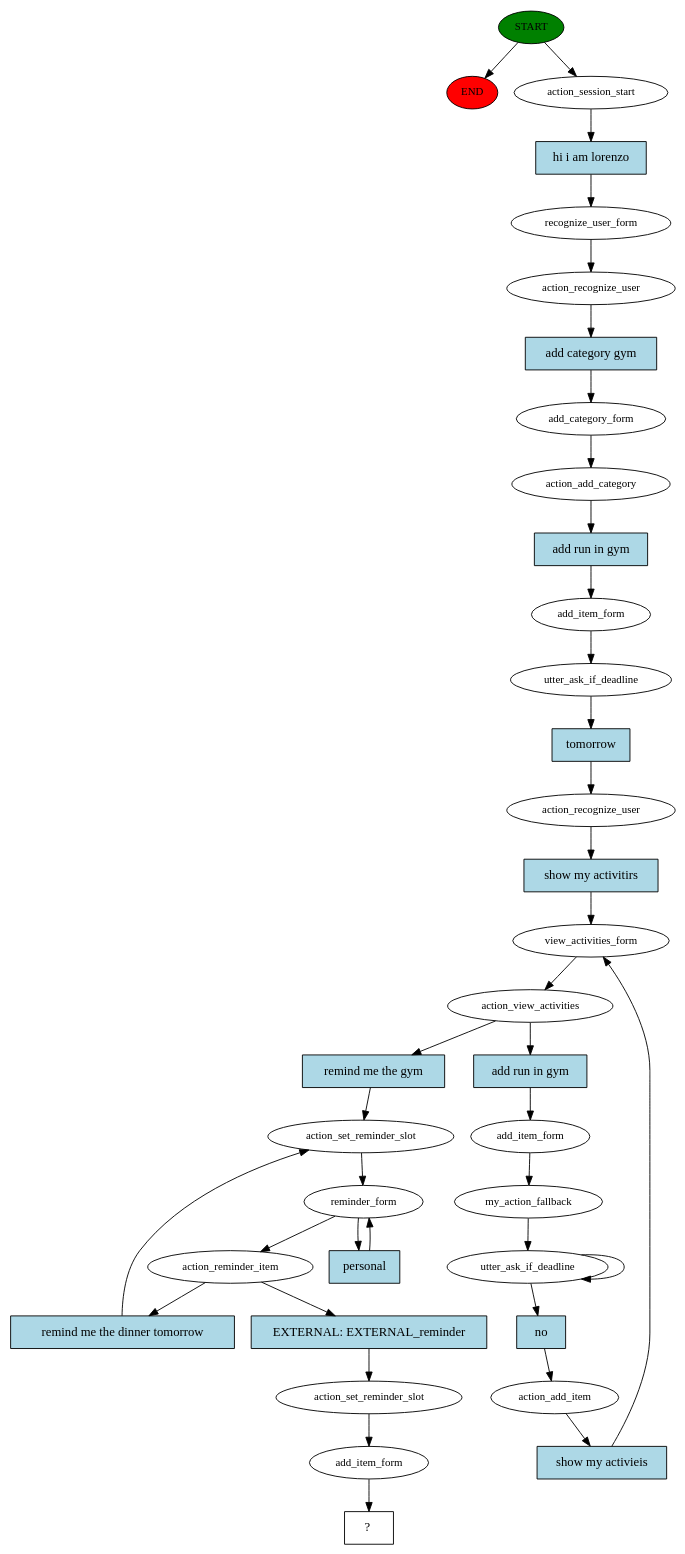
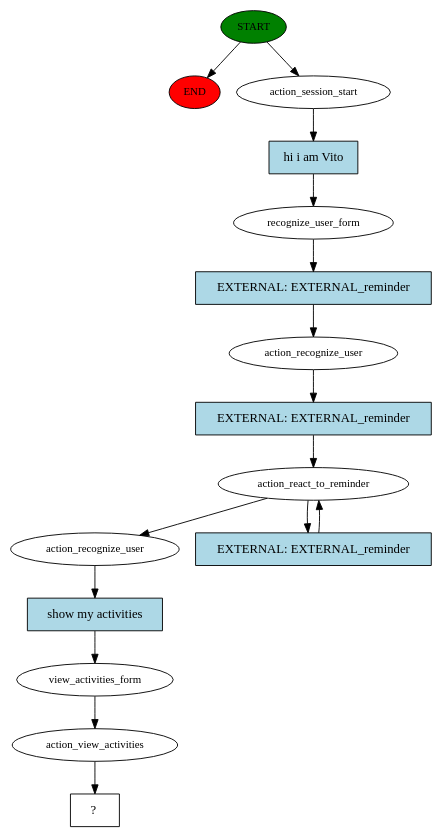
One commit to CamillaSpi/AI-To-Do-Assistant-Robot changed the diagram in src/rasa_ros/Cogrob_rasa_midterm/story_graph.dot. Above: the diagram before and after it, drawn with Graphviz. The commit also changed 4 other files, not shown here.

```diff
--- a/src/rasa_ros/Cogrob_rasa_midterm/story_graph.dot
+++ b/src/rasa_ros/Cogrob_rasa_midterm/story_graph.dot
@@ -1,73 +1,32 @@
 digraph  {
 0 [class="start active", fillcolor=green, fontsize=12, label=START, style=filled];
 "-1" [class=end, fillcolor=red, fontsize=12, label=END, style=filled];
 1 [class=active, fontsize=12, label=action_session_start];
 2 [class=active, fontsize=12, label=recognize_user_form];
 3 [class=active, fontsize=12, label=action_recognize_user];
-4 [class=active, fontsize=12, label=add_category_form];
-5 [class=active, fontsize=12, label=action_add_category];
-6 [class=active, fontsize=12, label=add_item_form];
-7 [class=active, fontsize=12, label=utter_ask_if_deadline];
+4 [class=active, fontsize=12, label=action_react_to_reminder];
 8 [class=active, fontsize=12, label=action_recognize_user];
 9 [class=active, fontsize=12, label=view_activities_form];
 10 [class=active, fontsize=12, label=action_view_activities];
-11 [class=active, fontsize=12, label=add_item_form];
-12 [class=active, fontsize=12, label=my_action_fallback];
-13 [class=active, fontsize=12, label=utter_ask_if_deadline];
-15 [class=active, fontsize=12, label=action_add_item];
-18 [class=active, fontsize=12, label=action_set_reminder_slot];
-19 [class=active, fontsize=12, label=reminder_form];
-23 [class=active, fontsize=12, label=action_reminder_item];
-28 [class=active, fontsize=12, label=action_set_reminder_slot];
-29 [class=active, fontsize=12, label=add_item_form];
-30 [class="intent dashed active", label="  ?  ", shape=rect];
-31 [class="intent active", fillcolor=lightblue, label="hi i am lorenzo", shape=rect, style=filled];
-32 [class="intent active", fillcolor=lightblue, label="add category gym", shape=rect, style=filled];
-33 [class="intent active", fillcolor=lightblue, label="add run in gym", shape=rect, style=filled];
-34 [class="intent active", fillcolor=lightblue, label=tomorrow, shape=rect, style=filled];
-35 [class="intent active", fillcolor=lightblue, label="show my activitirs", shape=rect, style=filled];
-36 [class="intent active", fillcolor=lightblue, label="add run in gym", shape=rect, style=filled];
-37 [class="intent active", fillcolor=lightblue, label="remind me the gym", shape=rect, style=filled];
-38 [class="intent active", fillcolor=lightblue, label=no, shape=rect, style=filled];
-39 [class="intent active", fillcolor=lightblue, label="show my activieis", shape=rect, style=filled];
-40 [class="intent active", fillcolor=lightblue, label=personal, shape=rect, style=filled];
-41 [class="intent active", fillcolor=lightblue, label="remind me the dinner tomorrow", shape=rect, style=filled];
-42 [class="intent active", fillcolor=lightblue, label="EXTERNAL: EXTERNAL_reminder", shape=rect, style=filled];
+11 [class="intent dashed active", label="  ?  ", shape=rect];
+12 [class="intent active", fillcolor=lightblue, label="hi i am Vito", shape=rect, style=filled];
+13 [class="intent active", fillcolor=lightblue, label="EXTERNAL: EXTERNAL_reminder", shape=rect, style=filled];
+14 [class="intent active", fillcolor=lightblue, label="EXTERNAL: EXTERNAL_reminder", shape=rect, style=filled];
+15 [class="intent active", fillcolor=lightblue, label="EXTERNAL: EXTERNAL_reminder", shape=rect, style=filled];
+16 [class="intent active", fillcolor=lightblue, label="show my activities", shape=rect, style=filled];
 0 -> "-1"  [class="", key=NONE, label=""];
 0 -> 1  [class=active, key=NONE, label=""];
-1 -> 31  [class=active, key=0];
-2 -> 3  [class=active, key=NONE, label=""];
-3 -> 32  [class=active, key=0];
-4 -> 5  [class=active, key=NONE, label=""];
-5 -> 33  [class=active, key=0];
-6 -> 7  [class=active, key=NONE, label=""];
-7 -> 34  [class=active, key=0];
-8 -> 35  [class=active, key=0];
+1 -> 12  [class=active, key=0];
+2 -> 13  [class=active, key=0];
+3 -> 14  [class=active, key=0];
+4 -> 8  [class=active, key=NONE, label=""];
+4 -> 15  [class=active, key=0];
+8 -> 16  [class=active, key=0];
 9 -> 10  [class=active, key=NONE, label=""];
-10 -> 36  [class=active, key=0];
-10 -> 37  [class=active, key=0];
-11 -> 12  [class=active, key=NONE, label=""];
-12 -> 13  [class=active, key=NONE, label=""];
-13 -> 13  [class=active, key=NONE, label=""];
-13 -> 38  [class=active, key=0];
-15 -> 39  [class=active, key=0];
-18 -> 19  [class=active, key=NONE, label=""];
-19 -> 23  [class=active, key=NONE, label=""];
-19 -> 40  [class=active, key=0];
-23 -> 41  [class=active, key=0];
-23 -> 42  [class=active, key=0];
-28 -> 29  [class=active, key=NONE, label=""];
-29 -> 30  [class=active, key=NONE, label=""];
-31 -> 2  [class=active, key=0];
-32 -> 4  [class=active, key=0];
-33 -> 6  [class=active, key=0];
-34 -> 8  [class=active, key=0];
-35 -> 9  [class=active, key=0];
-36 -> 11  [class=active, key=0];
-37 -> 18  [class=active, key=0];
-38 -> 15  [class=active, key=0];
-39 -> 9  [class=active, key=0];
-40 -> 19  [class=active, key=0];
-41 -> 18  [class=active, key=0];
-42 -> 28  [class=active, key=0];
+10 -> 11  [class=active, key=NONE, label=""];
+12 -> 2  [class=active, key=0];
+13 -> 3  [class=active, key=0];
+14 -> 4  [class=active, key=0];
+15 -> 4  [class=active, key=0];
+16 -> 9  [class=active, key=0];
 }
```
